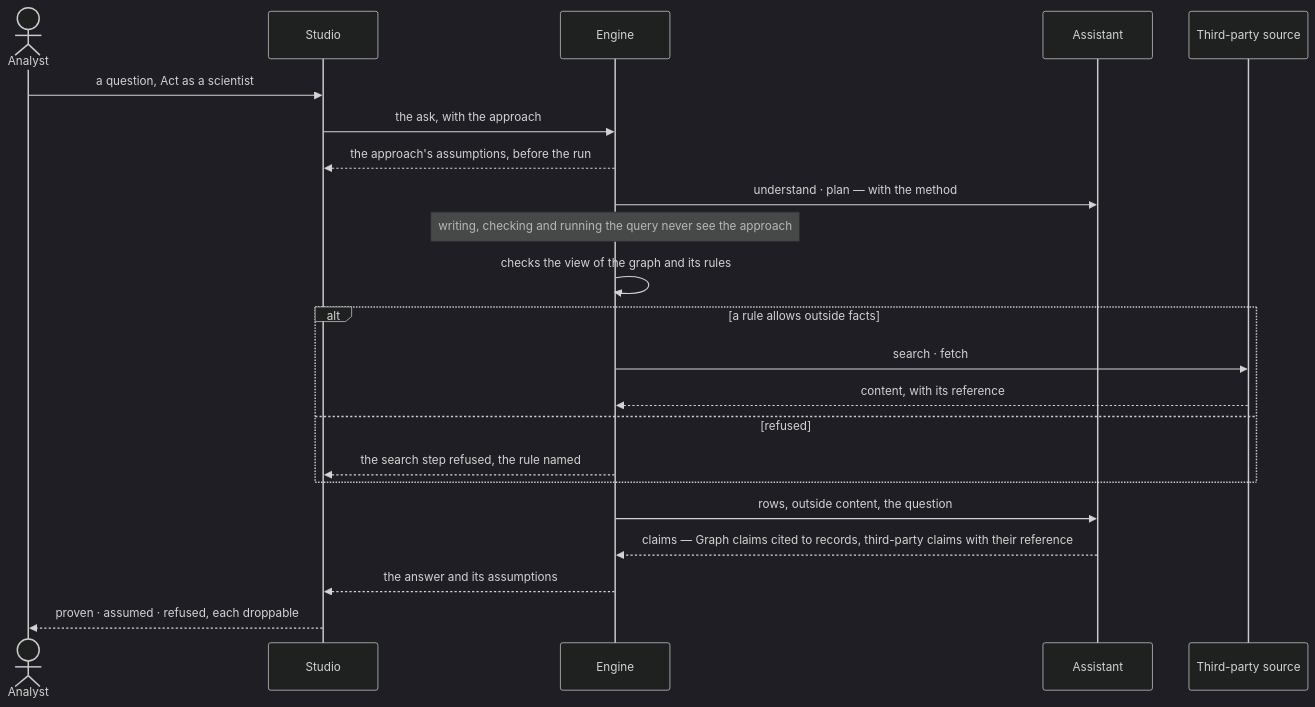
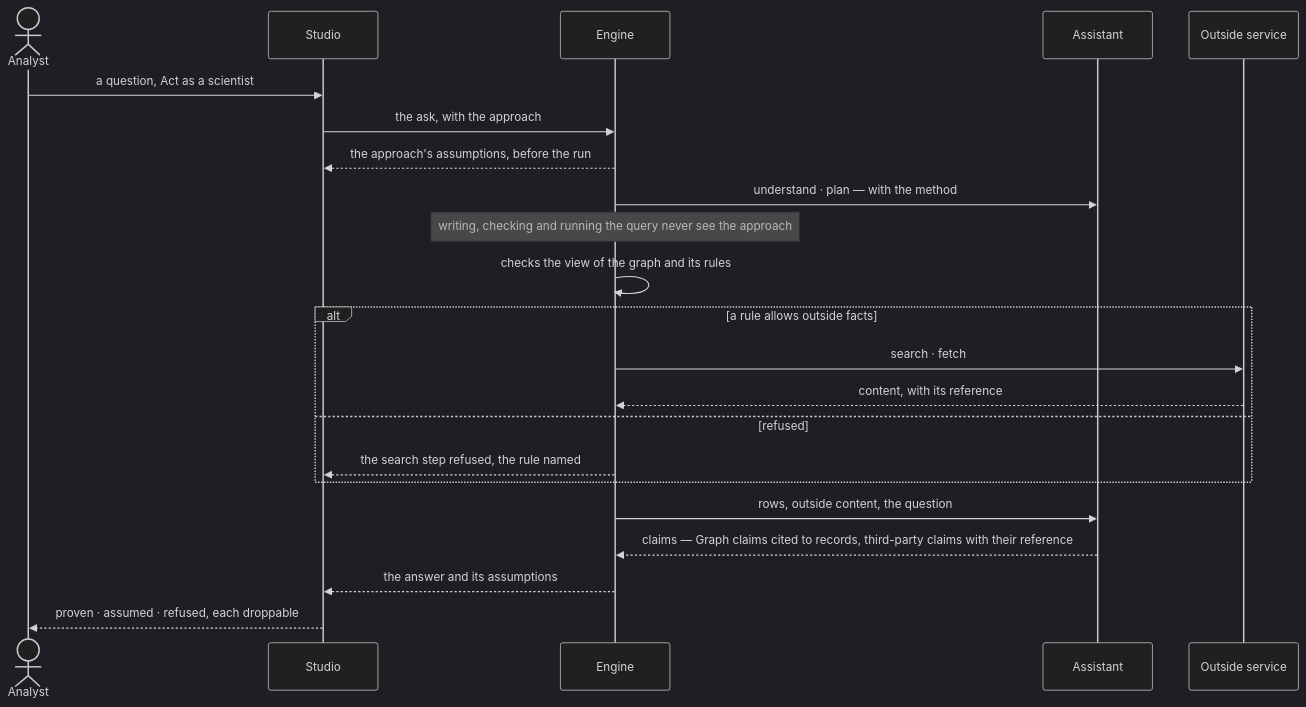
One commit to invana/invana changed the second of 2 diagrams in specs/products/explore/features/EX-F05-when-it-cannot-answer-and-how-it-reasons/feature.md. Above: the diagram before and after it, drawn with Mermaid (dark theme). The commit also changed other lines of this file and 425 other files, not shown here.

````diff
--- a/specs/products/explore/features/EX-F05-when-it-cannot-answer-and-how-it-reasons/feature.md
+++ b/specs/products/explore/features/EX-F05-when-it-cannot-answer-and-how-it-reasons/feature.md
@@ -53,24 +54,24 @@
 ```mermaid
 sequenceDiagram
   actor P as Analyst
   participant S as Studio
   participant E as Engine
   participant A as Assistant
-  participant W as Third-party source
+  participant W as Outside service
   P->>S: a question, Act as a scientist
   S->>E: the ask, with the approach
   E-->>S: the approach's assumptions, before the run
   E->>A: understand · plan — with the method
   Note over E: writing, checking and running the query never see the approach
   E->>E: checks the view of the graph and its rules
   alt a rule allows outside facts
     E->>W: search · fetch
     W-->>E: content, with its reference
   else refused
     E-->>S: the search step refused, the rule named
   end
   E->>A: rows, outside content, the question
   A-->>E: claims — Graph claims cited to records, third-party claims with their reference
   E-->>S: the answer and its assumptions
   S-->>P: proven · assumed · refused, each droppable
 ```
````
